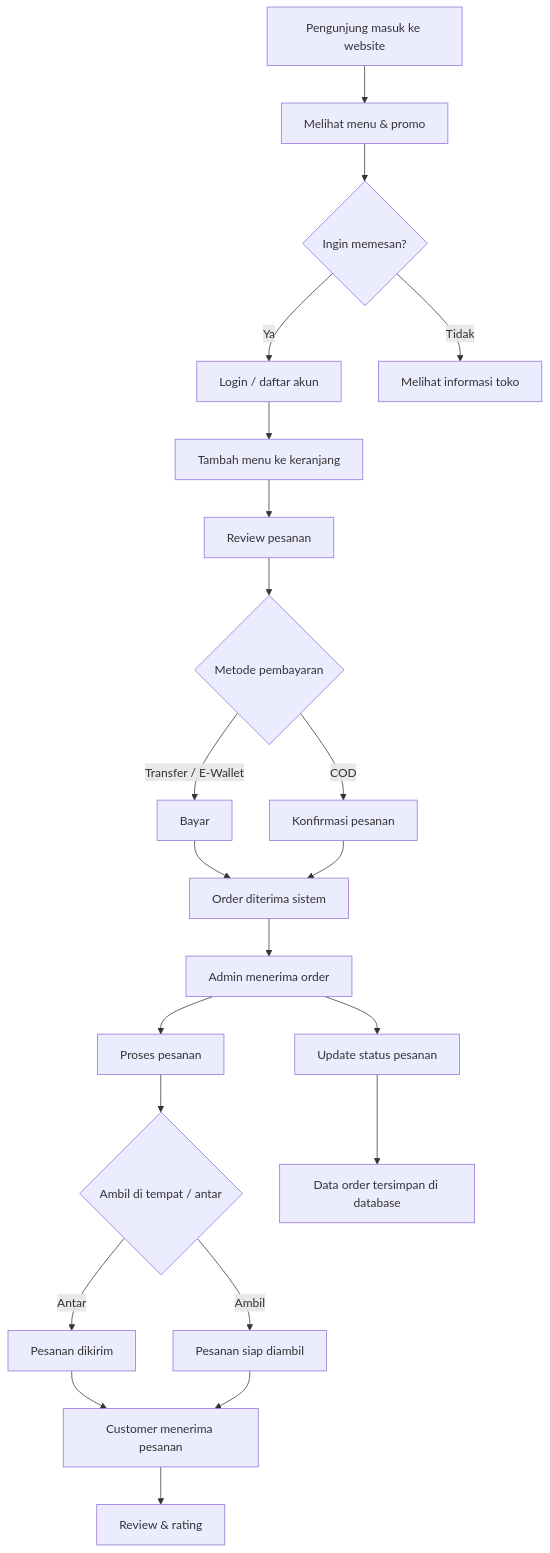
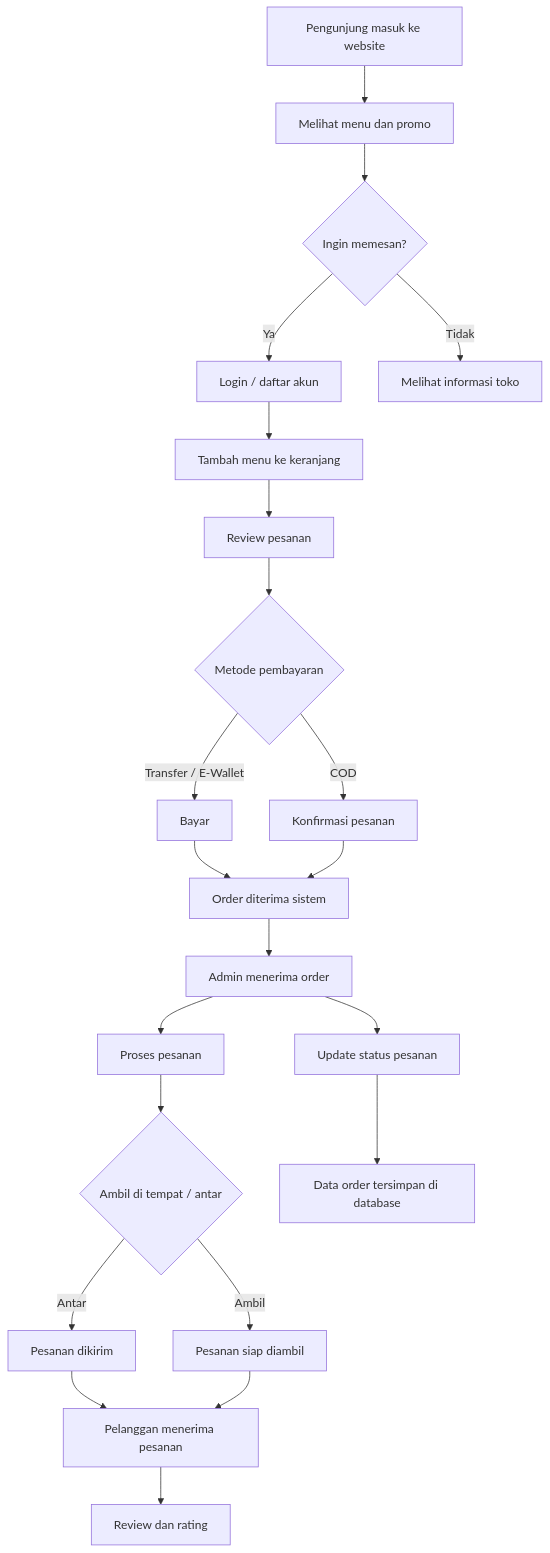
Before and after one commit to oddycosplay/ayamgeprekpamulang: the first of 3 diagrams in README.md, drawn with Mermaid. The commit also changed other lines of this file, not shown here.

Commit message:
Perbaiki dan formalisasi README, tambahkan ERD, wireframe, dan struktur folder proyek

````diff
--- a/README.md
+++ b/README.md
@@ -79,25 +57,24 @@
 ```mermaid
 flowchart TD
-    A[Pengunjung masuk ke website] --> B[Melihat menu & promo]
+    A[Pengunjung masuk ke website] --> B[Melihat menu dan promo]
     B --> C{Ingin memesan?}
     C -- Ya --> D[Login / daftar akun]
     C -- Tidak --> E[Melihat informasi toko]
     D --> F[Tambah menu ke keranjang]
     F --> G[Review pesanan]
     G --> H{Metode pembayaran}
     H -- COD --> I[Konfirmasi pesanan]
     H -- Transfer / E-Wallet --> J[Bayar]
     J --> K[Order diterima sistem]
     I --> K
     K --> L[Admin menerima order]
     L --> M[Proses pesanan]
     M --> N{Ambil di tempat / antar}
     N -- Antar --> O[Pesanan dikirim]
     N -- Ambil --> P[Pesanan siap diambil]
-    O --> Q[Customer menerima pesanan]
+    O --> Q[Pelanggan menerima pesanan]
     P --> Q
-    Q --> R[Review & rating]
-
+    Q --> R[Review dan rating]
     L --> S[Update status pesanan]
     S --> T[Data order tersimpan di database]
 ```
````
